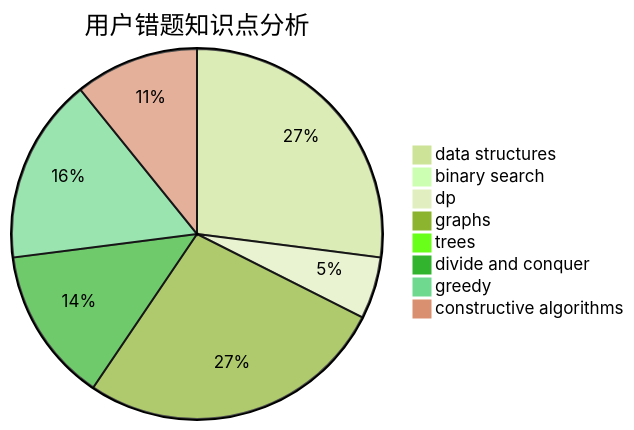
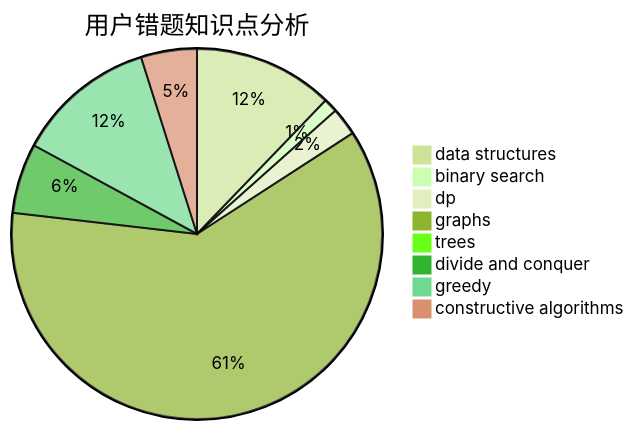
Before and after one commit to sherpahu/cfrs.github.io: the third of 3 diagrams in docs/user/u2269.md, drawn with Mermaid (forest theme). The commit also changed other lines of this file and 2770 other files, not shown here.

````diff
--- a/docs/user/u2269.md
+++ b/docs/user/u2269.md
@@ -36,11 +36,11 @@
 ```mermaid
 pie title 用户错题知识点分析
     "data structures" :  10
-    "binary search" :  0
+    "binary search" :  1
     "dp" :  2
-    "graphs" :  10
+    "graphs" :  50
     "trees" :  0
     "divide and conquer" :  5
-    "greedy" :  6
+    "greedy" :  10
     "constructive algorithms" :  4
 ```
````
